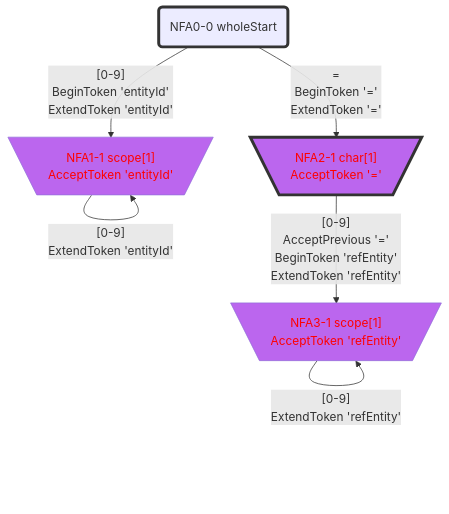
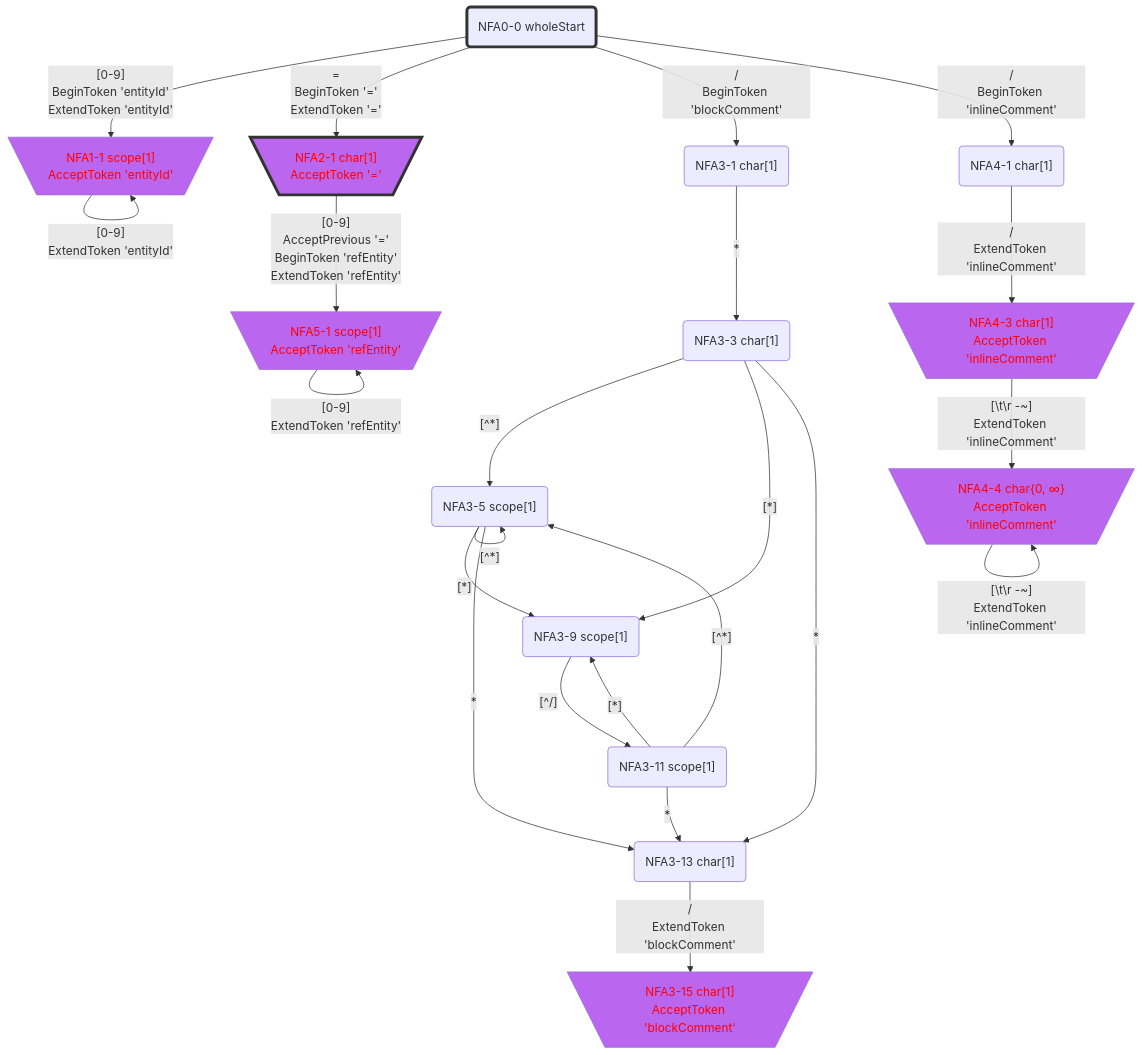
One commit to bitzhuwei/GrammarMentor changed the third of 7 diagrams in Practices/Practice.GeneratedXxxFormat.Test/GeneratedPrefix/doc/LexicalStates.gen.md. Above: the diagram before and after it, drawn with Mermaid. The commit also changed other lines of this file and 3868 other files, not shown here.

````diff
--- a/Practices/Practice.GeneratedXxxFormat.Test/GeneratedPrefix/doc/LexicalStates.gen.md
+++ b/Practices/Practice.GeneratedXxxFormat.Test/GeneratedPrefix/doc/LexicalStates.gen.md
@@ -283,43 +549,82 @@
 ```Mermaid
 flowchart
 classDef c0001 color:#FF0000;
 classDef c0010 stroke-dasharray: 10 10;
 classDef c0011 stroke-dasharray: 10 10,color:#FF0000;
 classDef c0100 fill:#BB66EE;
 classDef c0101 fill:#BB66EE,color:#FF0000;
 classDef c0110 fill:#BB66EE,stroke-dasharray: 10 10;
 classDef c0111 fill:#BB66EE,stroke-dasharray: 10 10,color:#FF0000;
 classDef c1000 stroke:#333,stroke-width:4px;
 classDef c1001 stroke:#333,stroke-width:4px,color:#FF0000;
 classDef c1010 stroke:#333,stroke-width:4px,stroke-dasharray: 10 10;
 classDef c1011 stroke:#333,stroke-width:4px,stroke-dasharray: 10 10,color:#FF0000;
 classDef c1100 stroke:#333,stroke-width:4px,fill:#BB66EE;
 classDef c1101 stroke:#333,stroke-width:4px,fill:#BB66EE,color:#FF0000;
 classDef c1110 stroke:#333,stroke-width:4px,fill:#BB66EE,stroke-dasharray: 10 10;
 classDef c1111 stroke:#333,stroke-width:4px,fill:#BB66EE,stroke-dasharray: 10 10,color:#FF0000;
-NFA0_0_14037739("NFA0-0 wholeStart")
-class NFA0_0_14037739 c1000;
-NFA1_1_46298991[\"NFA1-1 scope[1]
+NFA0_0_15842189("NFA0-0 wholeStart")
+class NFA0_0_15842189 c1000;
+NFA1_1_24129864[\"NFA1-1 scope[1]
 AcceptToken 'entityId'"/]
-class NFA1_1_46298991 c0101;
-NFA2_1_59230791[\"NFA2-1 char[1]
+class NFA1_1_24129864 c0101;
+NFA2_1_8361976[\"NFA2-1 char[1]
 AcceptToken '='"/]
-class NFA2_1_59230791 c1101;
-NFA3_1_63315076[\"NFA3-1 scope[1]
+class NFA2_1_8361976 c1101;
+NFA3_1_8148922("NFA3-1 char[1]")
+NFA4_1_6231436("NFA4-1 char[1]")
+NFA5_1_56082927[\"NFA5-1 scope[1]
 AcceptToken 'refEntity'"/]
-class NFA3_1_63315076 c0101;
-NFA0_0_14037739 -->|"[0-9]
+class NFA5_1_56082927 c0101;
+NFA3_3_46423253("NFA3-3 char[1]")
+NFA4_3_34984301[\"NFA4-3 char[1]
+AcceptToken 'inlineComment'"/]
+class NFA4_3_34984301 c0101;
+NFA3_5_2187155("NFA3-5 scope[1]")
+NFA3_9_15156098("NFA3-9 scope[1]")
+NFA3_13_19684403("NFA3-13 char[1]")
+NFA4_4_42941906[\"NFA4-4 char{0, ∞}
+AcceptToken 'inlineComment'"/]
+class NFA4_4_42941906 c0101;
+NFA3_11_55742394("NFA3-11 scope[1]")
+NFA3_15_50932842[\"NFA3-15 char[1]
+AcceptToken 'blockComment'"/]
+class NFA3_15_50932842 c0101;
+NFA0_0_15842189 -->|"[0-9]
 BeginToken 'entityId'
-ExtendToken 'entityId'"|NFA1_1_46298991
-NFA0_0_14037739 -->|"=
+ExtendToken 'entityId'"|NFA1_1_24129864
+NFA0_0_15842189 -->|"=
 BeginToken '='
-ExtendToken '='"|NFA2_1_59230791
-NFA1_1_46298991 -->|"[0-9]
-ExtendToken 'entityId'"|NFA1_1_46298991
-NFA2_1_59230791 -->|"[0-9]
+ExtendToken '='"|NFA2_1_8361976
+NFA0_0_15842189 -->|"/
+BeginToken 'blockComment'"|NFA3_1_8148922
+NFA0_0_15842189 -->|"/
+BeginToken 'inlineComment'"|NFA4_1_6231436
+NFA1_1_24129864 -->|"[0-9]
+ExtendToken 'entityId'"|NFA1_1_24129864
+NFA2_1_8361976 -->|"[0-9]
 AcceptPrevious '='
 BeginToken 'refEntity'
-ExtendToken 'refEntity'"|NFA3_1_63315076
-NFA3_1_63315076 -->|"[0-9]
-ExtendToken 'refEntity'"|NFA3_1_63315076
+ExtendToken 'refEntity'"|NFA5_1_56082927
+NFA3_1_8148922 -->|"*"|NFA3_3_46423253
+NFA4_1_6231436 -->|"/
+ExtendToken 'inlineComment'"|NFA4_3_34984301
+NFA5_1_56082927 -->|"[0-9]
+ExtendToken 'refEntity'"|NFA5_1_56082927
+NFA3_3_46423253 -->|"[^*]"|NFA3_5_2187155
+NFA3_3_46423253 -->|"[*]"|NFA3_9_15156098
+NFA3_3_46423253 -->|"*"|NFA3_13_19684403
+NFA4_3_34984301 -->|"[#92;t#92;r#32;-~]
+ExtendToken 'inlineComment'"|NFA4_4_42941906
+NFA3_5_2187155 -->|"[^*]"|NFA3_5_2187155
+NFA3_5_2187155 -->|"[*]"|NFA3_9_15156098
+NFA3_5_2187155 -->|"*"|NFA3_13_19684403
+NFA3_9_15156098 -->|"[^/]"|NFA3_11_55742394
+NFA3_13_19684403 -->|"/
+ExtendToken 'blockComment'"|NFA3_15_50932842
+NFA4_4_42941906 -->|"[#92;t#92;r#32;-~]
+ExtendToken 'inlineComment'"|NFA4_4_42941906
+NFA3_11_55742394 -->|"[^*]"|NFA3_5_2187155
+NFA3_11_55742394 -->|"[*]"|NFA3_9_15156098
+NFA3_11_55742394 -->|"*"|NFA3_13_19684403
 ```
````
